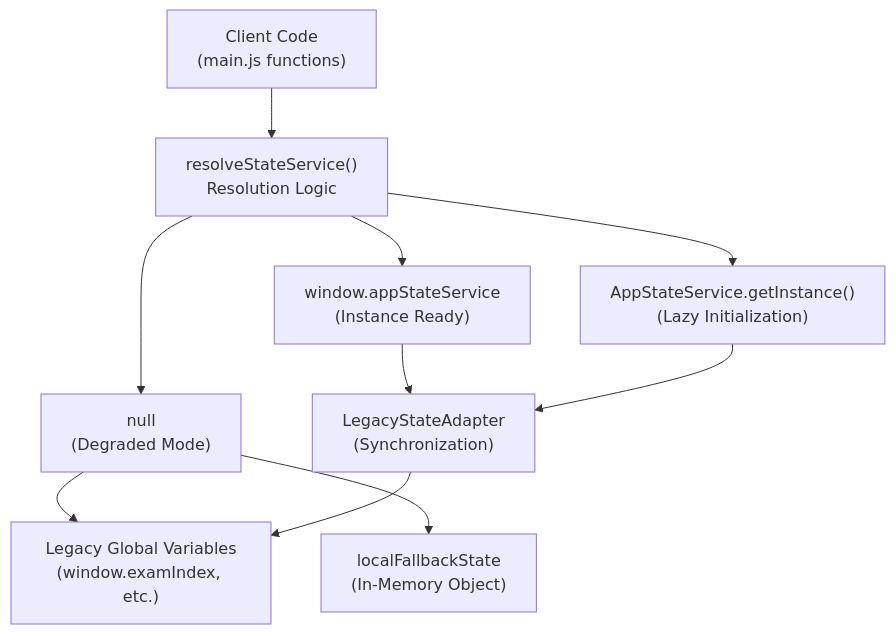
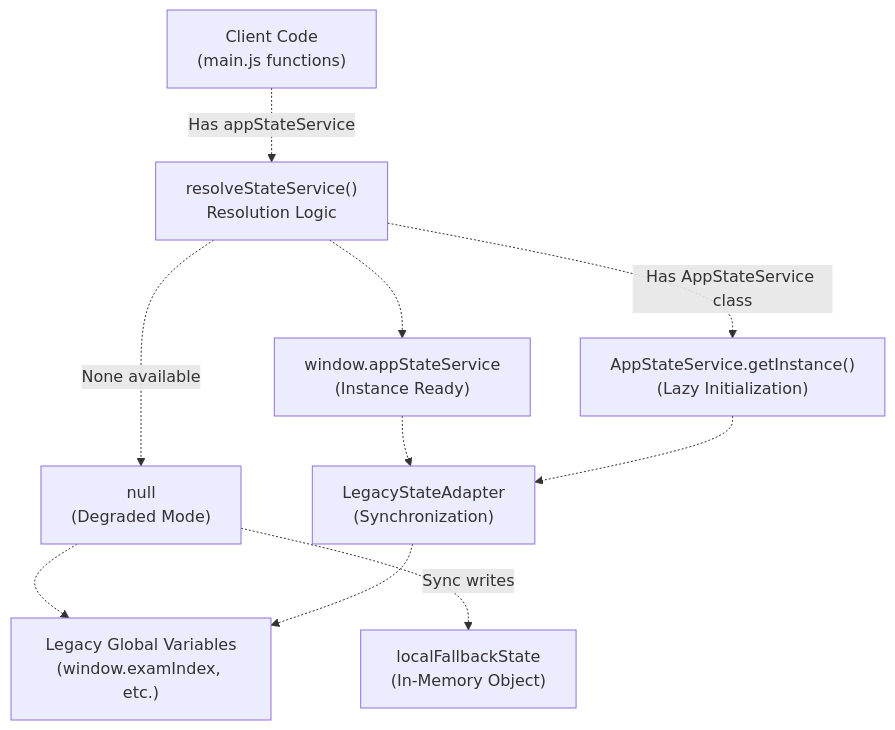
The second of 7 diagrams in developer/doc/Wiki/ExamSystemApp-&-State-Management.md (sallowayma-git/IELTS-practice), drawn with Mermaid before and after one commit. The commit also changed other lines of this file and 84 other files, not shown here.

````diff
--- a/developer/doc/Wiki/ExamSystemApp-&-State-Management.md
+++ b/developer/doc/Wiki/ExamSystemApp-&-State-Management.md
@@ -90,22 +95,22 @@
 ```mermaid
 flowchart TD
 
 Client["Client Code<br>(main.js functions)"]
 Resolver["resolveStateService()<br>Resolution Logic"]
 Primary["window.appStateService<br>(Instance Ready)"]
 Singleton["AppStateService.getInstance()<br>(Lazy Initialization)"]
 Fallback["null<br>(Degraded Mode)"]
 LocalFallback["localFallbackState<br>(In-Memory Object)"]
 LegacyGlobals["Legacy Global Variables<br>(window.examIndex, etc.)"]
 Adapter["LegacyStateAdapter<br>(Synchronization)"]
 
-Client --> Resolver
-Resolver --> Primary
-Resolver --> Singleton
-Resolver --> Fallback
-Fallback --> LocalFallback
-Fallback --> LegacyGlobals
-Primary --> Adapter
-Singleton --> Adapter
-Adapter --> LegacyGlobals
+Client -.->|"Has appStateService"| Resolver
+Resolver -.-> Primary
+Resolver -.->|"Has AppStateService class"| Singleton
+Resolver -.->|"None available"| Fallback
+Fallback -.->|"Sync writes"| LocalFallback
+Fallback -.-> LegacyGlobals
+Primary -.-> Adapter
+Singleton -.-> Adapter
+Adapter -.-> LegacyGlobals
 ```
````
